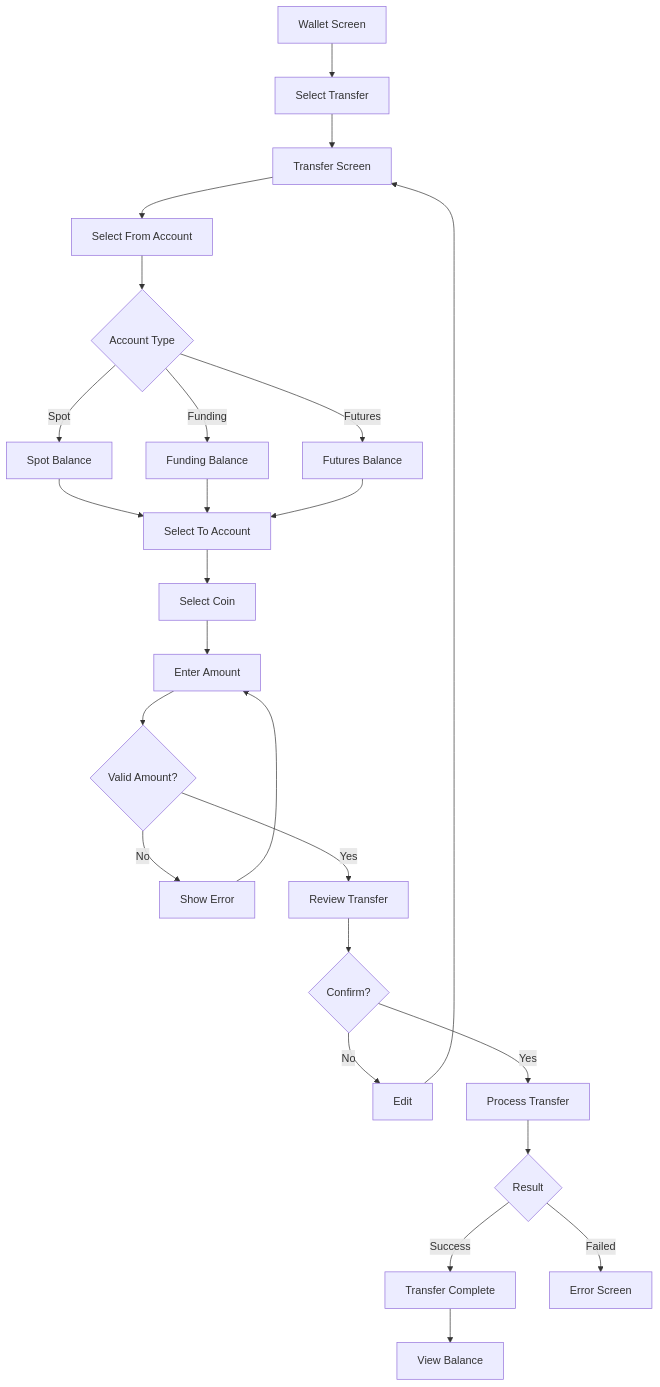
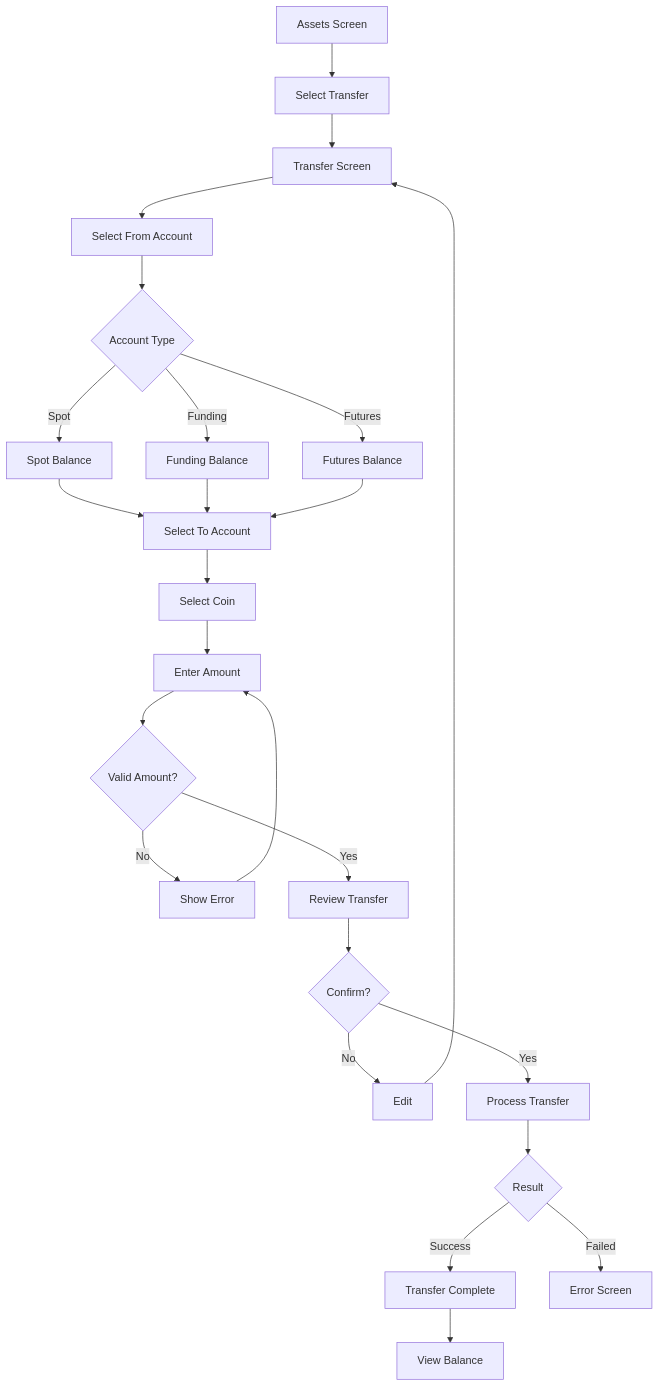
The seventh of 7 diagrams in docs/13-screen-flows-navigation.md (pavan53732/Binance-clone-), drawn with Mermaid before and after one commit. The commit also changed other lines of this file and 5 other files, not shown here.

````diff
--- a/docs/13-screen-flows-navigation.md
+++ b/docs/13-screen-flows-navigation.md
@@ -346,27 +357,27 @@
 ```mermaid
 flowchart TD
-    A[Wallet Screen] --> B[Select Transfer]
+    A[Assets Screen] --> B[Select Transfer]
     B --> C[Transfer Screen]
     C --> D[Select From Account]
     D --> E{Account Type}
     E -->|Spot| F[Spot Balance]
     E -->|Funding| G[Funding Balance]
     E -->|Futures| H[Futures Balance]
     F --> I[Select To Account]
     G --> I
     H --> I
     I --> J[Select Coin]
     J --> K[Enter Amount]
     K --> L{Valid Amount?}
     L -->|No| M[Show Error]
     M --> K
     L -->|Yes| N[Review Transfer]
     N --> O{Confirm?}
     O -->|No| P[Edit]
     P --> C
     O -->|Yes| Q[Process Transfer]
     Q --> R{Result}
     R -->|Success| S[Transfer Complete]
     R -->|Failed| T[Error Screen]
     S --> U[View Balance]
 ```
````
